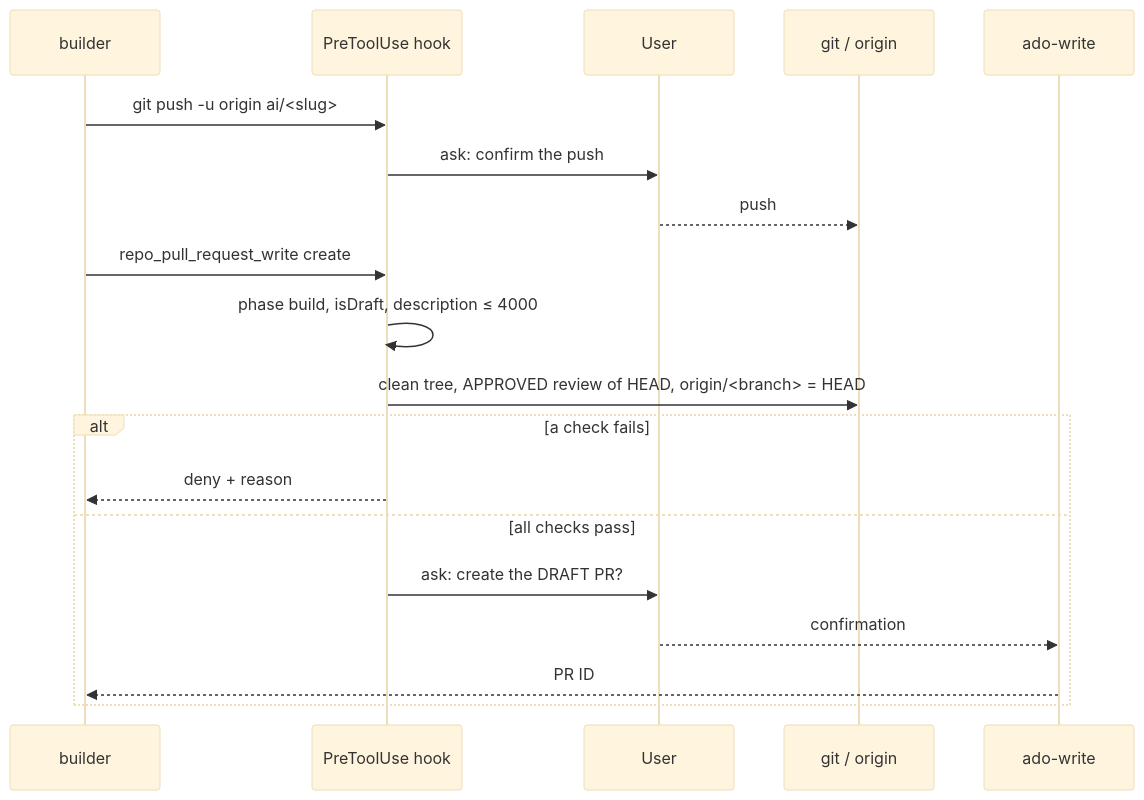
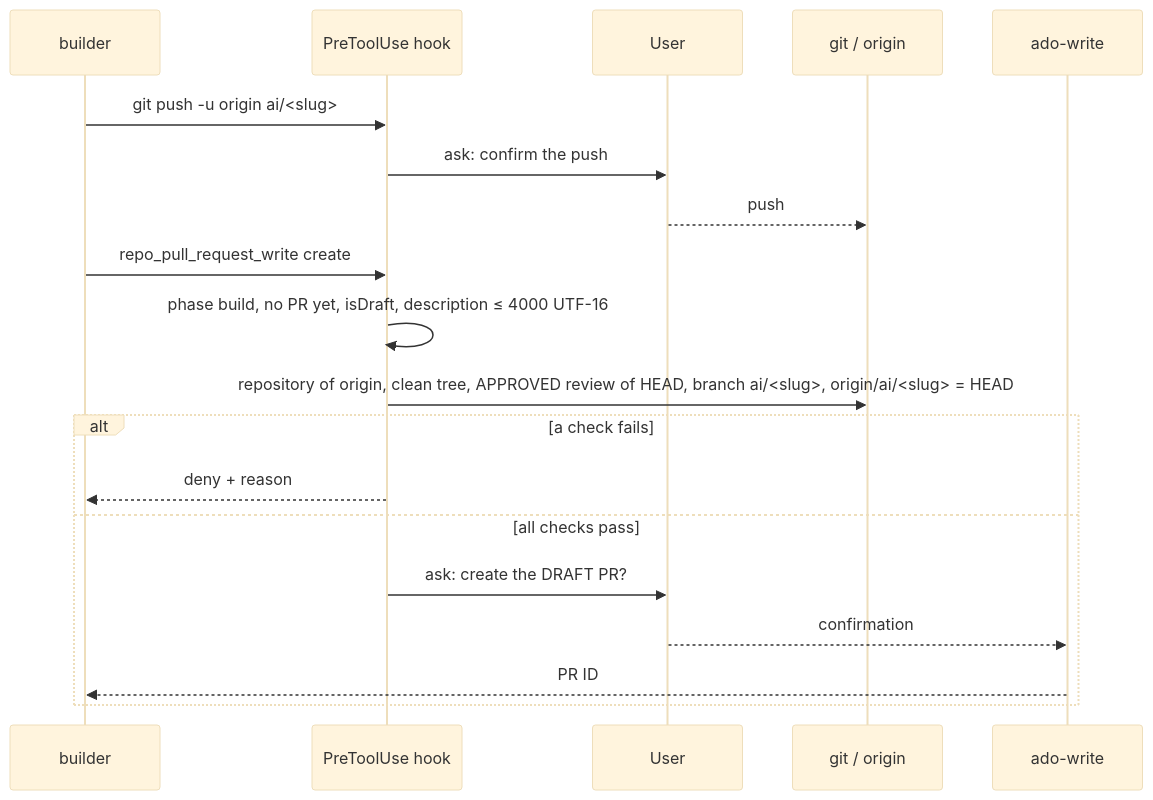
One commit to Antonin-Artaud/ai-driven-dev-harness changed the first of 2 diagrams in docs/architecture/integrations.md. Above: the diagram before and after it, drawn with Mermaid (base theme). The commit also changed other lines of this file and 62 other files, not shown here.

````diff
--- a/docs/architecture/integrations.md
+++ b/docs/architecture/integrations.md
@@ -27,21 +27,21 @@
 ```mermaid
 sequenceDiagram
   participant B as builder
   participant H as PreToolUse hook
   participant U as User
   participant G as git / origin
   participant A as ado-write
   B->>H: git push -u origin ai/<slug>
   H->>U: ask: confirm the push
   U-->>G: push
   B->>H: repo_pull_request_write create
-  H->>H: phase build, isDraft, description ≤ 4000
-  H->>G: clean tree, APPROVED review of HEAD, origin/<branch> = HEAD
+  H->>H: phase build, no PR yet, isDraft, description ≤ 4000 UTF-16
+  H->>G: repository of origin, clean tree, APPROVED review of HEAD, branch ai/<slug>, origin/ai/<slug> = HEAD
   alt a check fails
     H-->>B: deny + reason
   else all checks pass
     H->>U: ask: create the DRAFT PR?
     U-->>A: confirmation
     A-->>B: PR ID
   end
 ```
````
